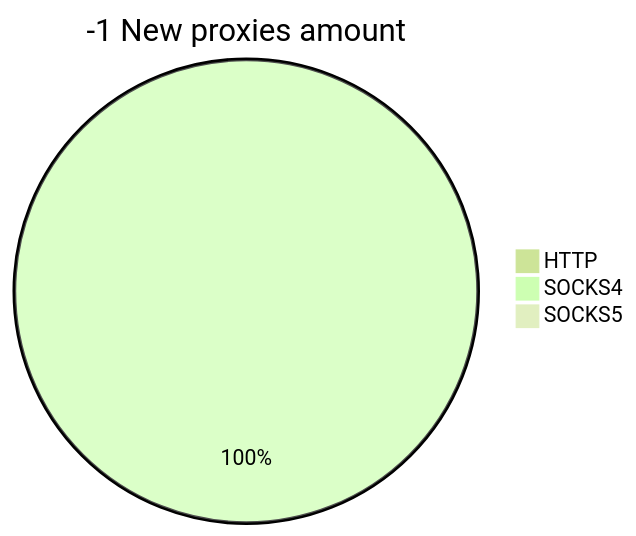
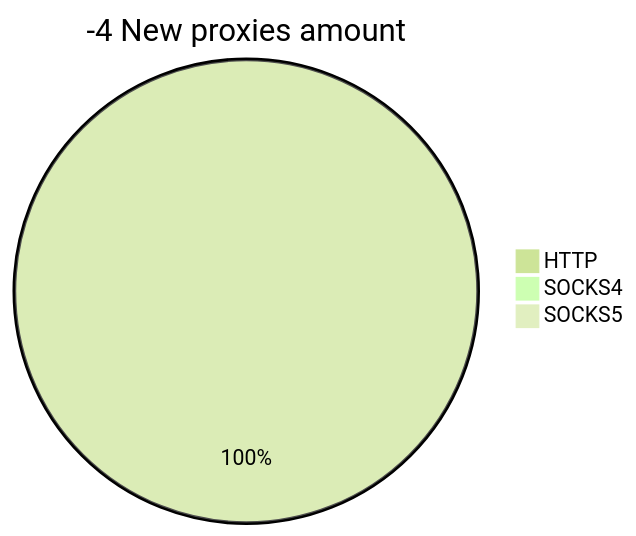
One commit to cutipu/proxylist changed the second of 2 diagrams in README.md. Above: the diagram before and after it, drawn with Mermaid (forest theme). The commit also changed other lines of this file, not shown here.

````diff
--- a/README.md
+++ b/README.md
@@ -10,6 +10,6 @@
 ```mermaid
-pie title -1 New proxies amount
-    "HTTP" : 0
-    "SOCKS4" : 1
+pie title -4 New proxies amount
+    "HTTP" : 1
+    "SOCKS4" : 0
     "SOCKS5" : 0
 ```
````
